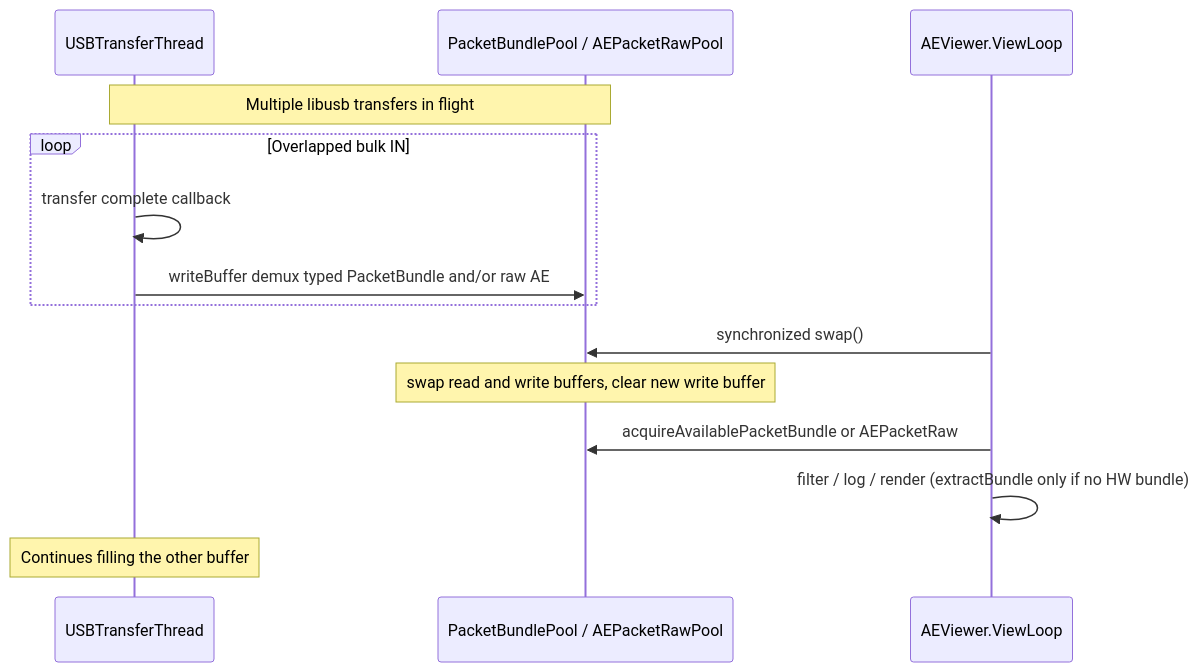
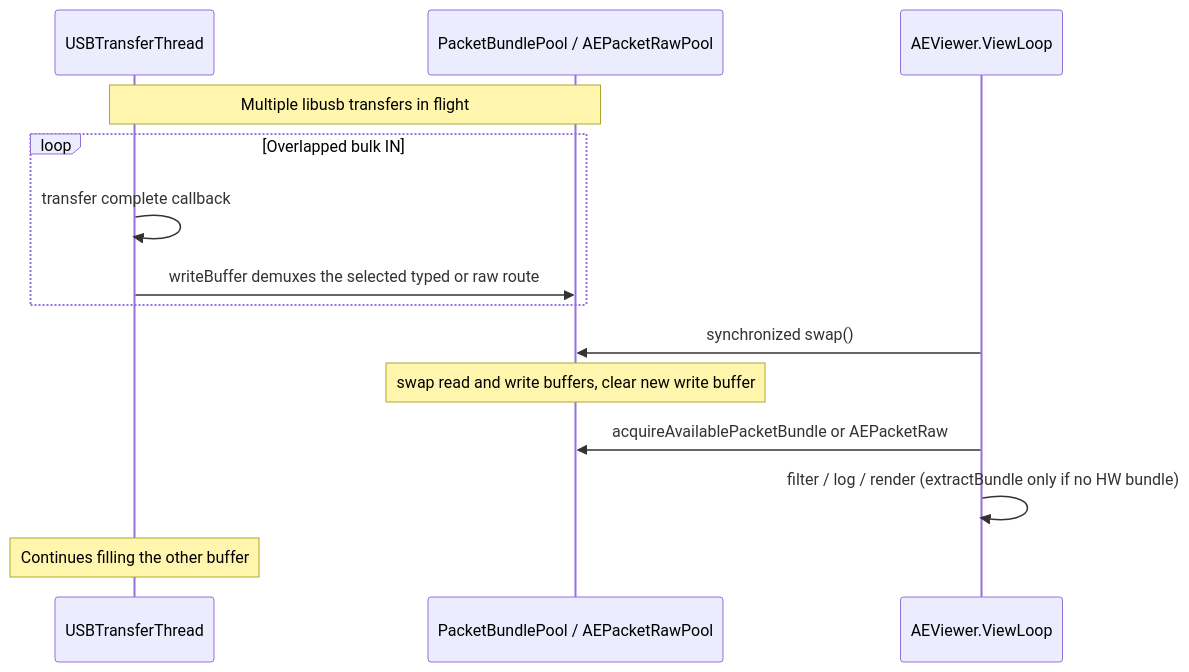
One commit to SensorsINI/jaer changed the second of 6 diagrams in docs/README-jaer3.md. Above: the diagram before and after it, drawn with Mermaid. The commit also changed other lines of this file and 3 other files, not shown here.

Commit message:
typed-authority: route AEViewer and AEDZ recording

````diff
--- a/docs/README-jaer3.md
+++ b/docs/README-jaer3.md
@@ -70,18 +74,18 @@
 ```mermaid
 sequenceDiagram
   participant USB as USBTransferThread
   participant Pool as PacketBundlePool / AEPacketRawPool
   participant VL as AEViewer.ViewLoop
 
   Note over USB,Pool: Multiple libusb transfers in flight
   loop Overlapped bulk IN
     USB->>USB: transfer complete callback
-    USB->>Pool: writeBuffer demux typed PacketBundle and/or raw AE
+    USB->>Pool: writeBuffer demuxes the selected typed or raw route
   end
 
   VL->>Pool: synchronized swap()
   Note over Pool: swap read and write buffers, clear new write buffer
   VL->>Pool: acquireAvailablePacketBundle or AEPacketRaw
   VL->>VL: filter / log / render (extractBundle only if no HW bundle)
   Note over USB: Continues filling the other buffer
 ```
````
